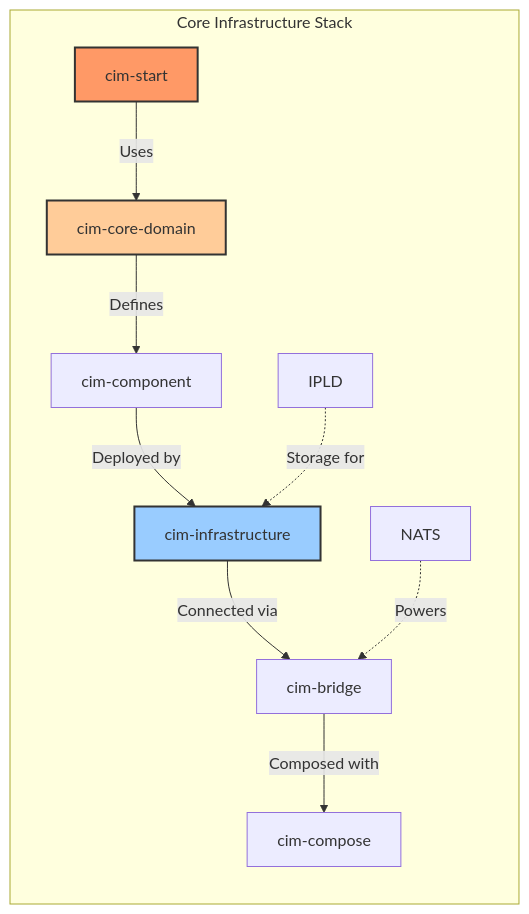
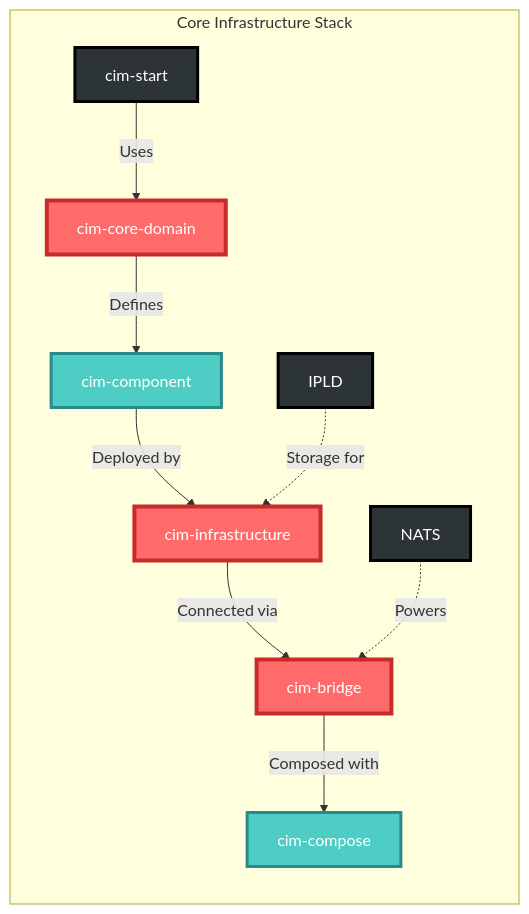
Before and after one commit to TheCowboyAI/cim: the second of 4 diagrams in doc/cim_modules_catalog.md, drawn with Mermaid. The commit also changed other lines of this file and 12 other files, not shown here.

````diff
--- a/doc/cim_modules_catalog.md
+++ b/doc/cim_modules_catalog.md
@@ -62,17 +62,23 @@
 ```mermaid
 graph LR
     subgraph "Core Infrastructure Stack"
         A[cim-start] -->|Uses| B[cim-core-domain]
         B -->|Defines| C[cim-component]
         C -->|Deployed by| D[cim-infrastructure]
         D -->|Connected via| E[cim-bridge]
         E -->|Composed with| F[cim-compose]
         
         G[NATS] -.->|Powers| E
         H[IPLD] -.->|Storage for| D
-        
-        style A fill:#f96,stroke:#333,stroke-width:2px
-        style B fill:#fc9,stroke:#333,stroke-width:2px
-        style D fill:#9cf,stroke:#333,stroke-width:2px
     end
+    
+    %% Styling - infrastructure flow
+    style A fill:#2D3436,stroke:#000,stroke-width:3px,color:#FFF
+    style B fill:#FF6B6B,stroke:#C92A2A,stroke-width:4px,color:#FFF
+    style C fill:#4ECDC4,stroke:#2B8A89,stroke-width:3px,color:#FFF
+    style D fill:#FF6B6B,stroke:#C92A2A,stroke-width:4px,color:#FFF
+    style E fill:#FF6B6B,stroke:#C92A2A,stroke-width:4px,color:#FFF
+    style F fill:#4ECDC4,stroke:#2B8A89,stroke-width:3px,color:#FFF
+    style G fill:#2D3436,stroke:#000,stroke-width:3px,color:#FFF
+    style H fill:#2D3436,stroke:#000,stroke-width:3px,color:#FFF
 ```
````
